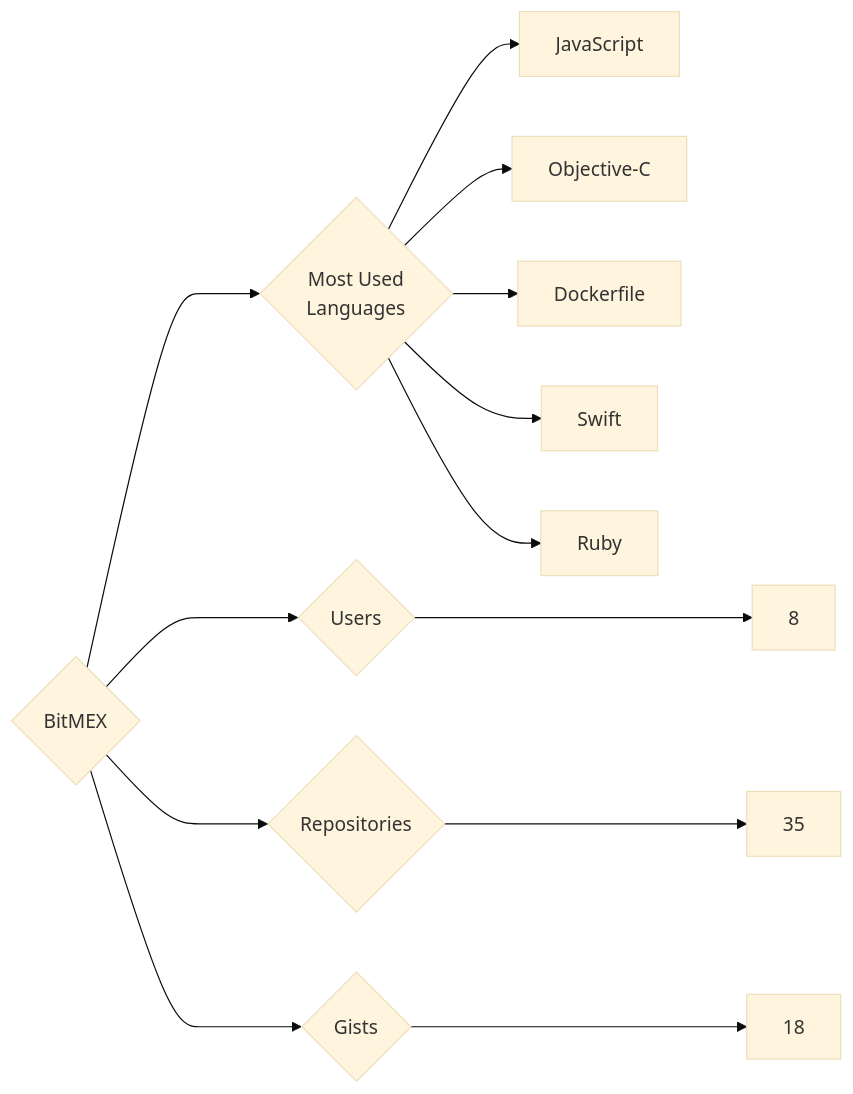
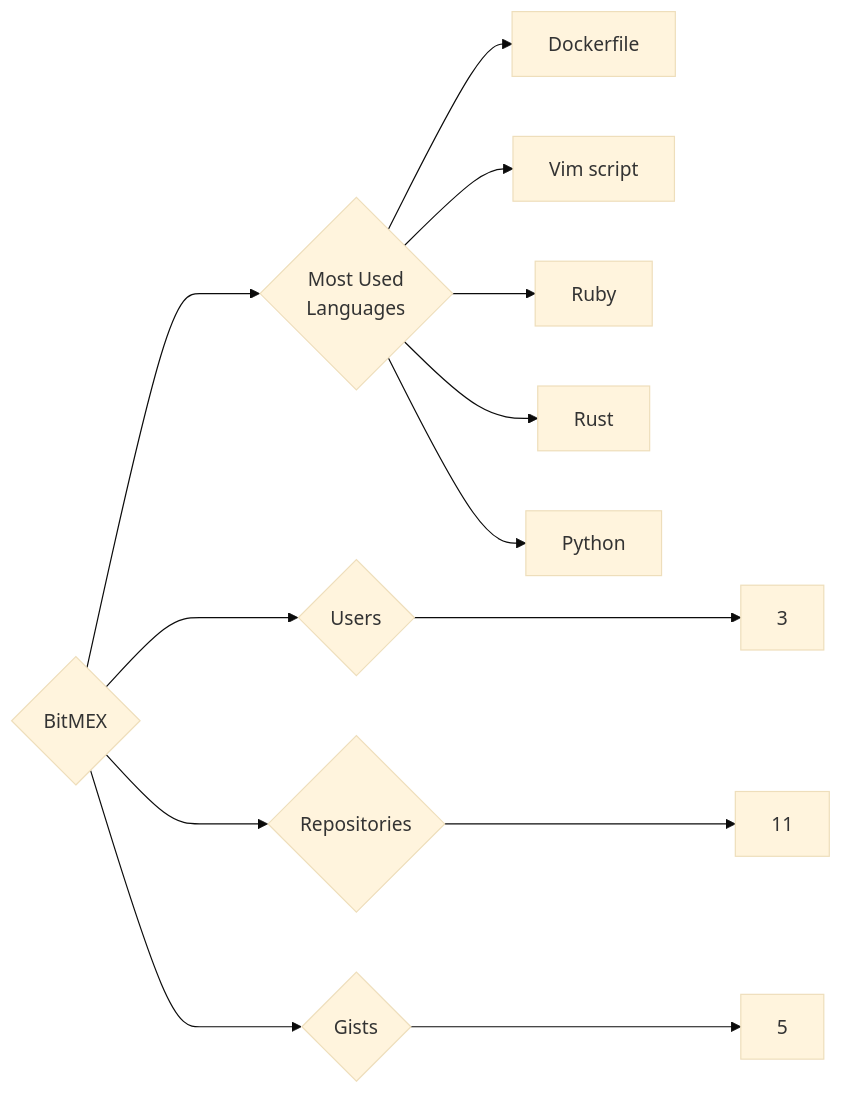
The diagram in targets/BitMEX/README.md (trickest/insiders), drawn with Mermaid (base theme) before and after one commit. The commit also changed 882 other files, not shown here.

````diff
--- a/targets/BitMEX/README.md
+++ b/targets/BitMEX/README.md
@@ -3,13 +3,13 @@
 ```mermaid
 graph LR
 COMPANY_NAME{BitMEX}
-COMPANY_NAME ---> U{Users} ---> UN[8]
-COMPANY_NAME ---> R{Repositories} ---> RN[35]
-COMPANY_NAME ---> G{Gists} ---> GN[18]
+COMPANY_NAME ---> U{Users} ---> UN[3]
+COMPANY_NAME ---> R{Repositories} ---> RN[11]
+COMPANY_NAME ---> G{Gists} ---> GN[5]
 COMPANY_NAME ---> ML{Most Used<br>Languages}
-ML --> JavaScript[JavaScript]
-ML --> Objective-C[Objective-C]
 ML --> Dockerfile[Dockerfile]
-ML --> Swift[Swift]
+ML --> Vim_script[Vim script]
 ML --> Ruby[Ruby]
+ML --> Rust[Rust]
+ML --> Python[Python]
 ```
````
